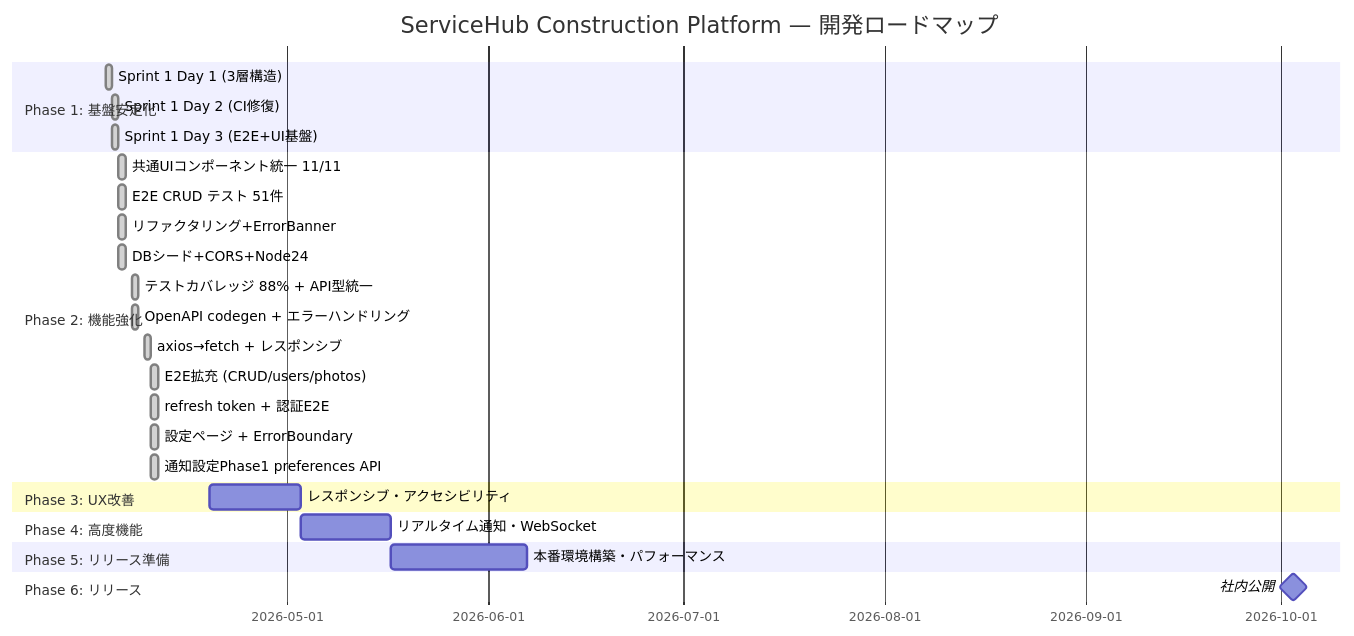
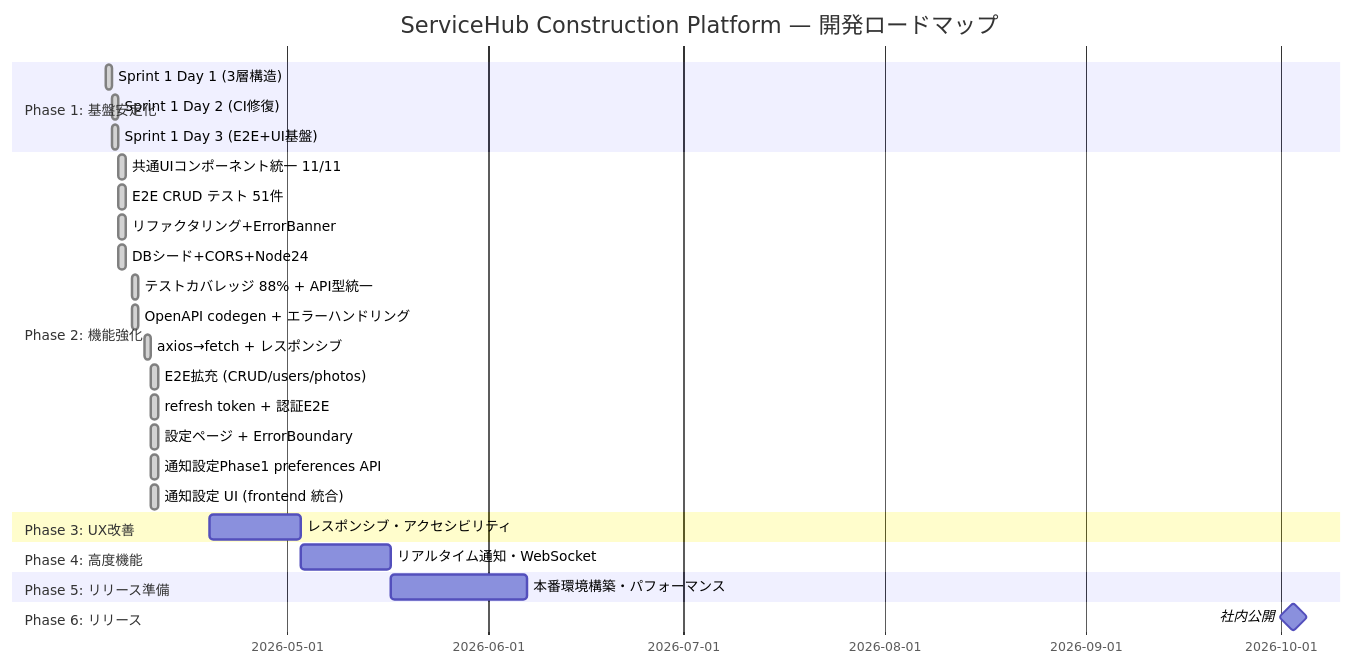
The fifth of 7 diagrams in README.md (Kensan196948G/ServiceHub-Construction-Platform), drawn with Mermaid before and after one commit. The commit also changed other lines of this file and 1 other file, not shown here.

````diff
--- a/README.md
+++ b/README.md
@@ -256,29 +257,30 @@
 ```mermaid
 gantt
     title ServiceHub Construction Platform — 開発ロードマップ
     dateFormat  YYYY-MM-DD
     section Phase 1: 基盤安定化
     Sprint 1 Day 1 (3層構造)         :done, s1d1, 2026-04-03, 1d
     Sprint 1 Day 2 (CI修復)          :done, s1d2, 2026-04-04, 1d
     Sprint 1 Day 3 (E2E+UI基盤)      :done, s1d3, 2026-04-04, 1d
     section Phase 2: 機能強化
     共通UIコンポーネント統一 11/11     :done, s2a, 2026-04-05, 1d
     E2E CRUD テスト 51件              :done, s2b, 2026-04-05, 1d
     リファクタリング+ErrorBanner      :done, s2c, 2026-04-05, 1d
     DBシード+CORS+Node24              :done, s2d, 2026-04-05, 1d
     テストカバレッジ 88% + API型統一    :done, s2e, 2026-04-07, 1d
     OpenAPI codegen + エラーハンドリング :done, s2f, 2026-04-07, 1d
     axios→fetch + レスポンシブ         :done, s2g, 2026-04-09, 1d
     E2E拡充 (CRUD/users/photos)        :done, s2h, 2026-04-10, 1d
     refresh token + 認証E2E            :done, s2i, 2026-04-10, 1d
     設定ページ + ErrorBoundary          :done, s2j, 2026-04-10, 1d
     通知設定Phase1 preferences API      :done, s2k, 2026-04-10, 1d
+    通知設定 UI (frontend 統合)         :done, s2l, 2026-04-10, 1d
     section Phase 3: UX改善
     レスポンシブ・アクセシビリティ    :s3, 2026-04-19, 14d
     section Phase 4: 高度機能
     リアルタイム通知・WebSocket       :s4, 2026-05-03, 14d
     section Phase 5: リリース準備
     本番環境構築・パフォーマンス      :s5, 2026-05-17, 21d
     section Phase 6: リリース
     社内公開                          :milestone, m1, 2026-10-03, 0d
 ```
````
